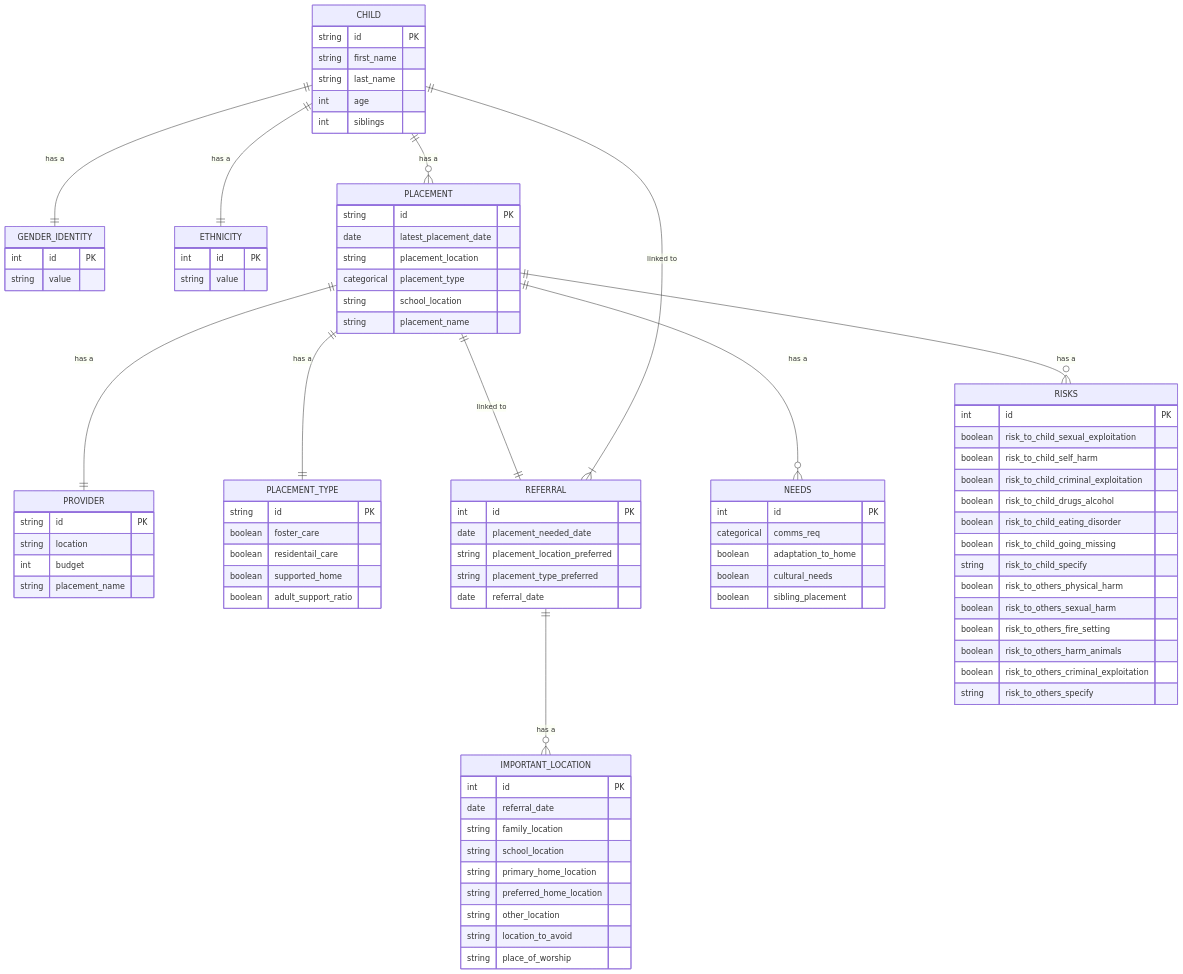
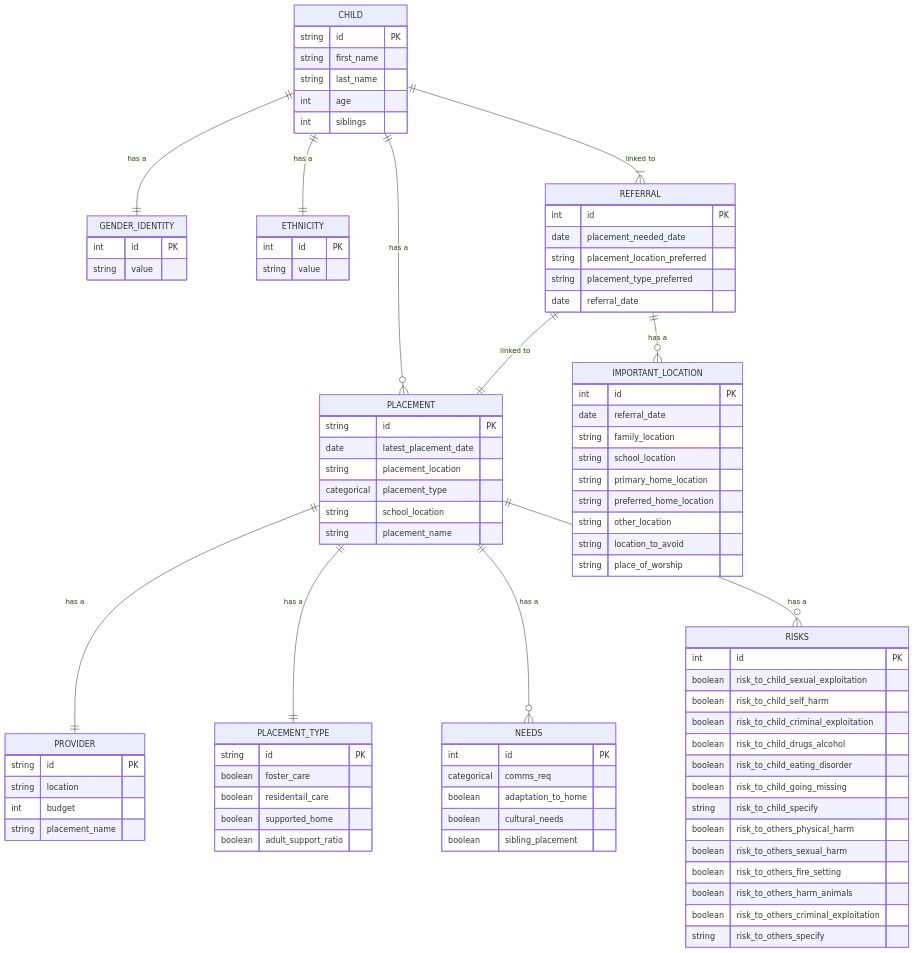
Before and after one commit to SocialFinanceDigitalLabs/sw-sufficiency-model: the diagram in README.md, drawn with Mermaid.

```diff
--- a/README.md
+++ b/README.md
@@ -7,7 +7,7 @@
     CHILD ||--o{ PLACEMENT : "has a"
     PLACEMENT ||--|| PROVIDER : "has a"
     PLACEMENT ||--|| PLACEMENT_TYPE: "has a"
-    PLACEMENT ||--|| REFERRAL : "linked to"
+    REFERRAL ||--|| PLACEMENT : "linked to"
     CHILD ||--|{ REFERRAL : "linked to"
     REFERRAL ||--o{ IMPORTANT_LOCATION : "has a"
     PLACEMENT ||--o{ NEEDS : "has a"
```
